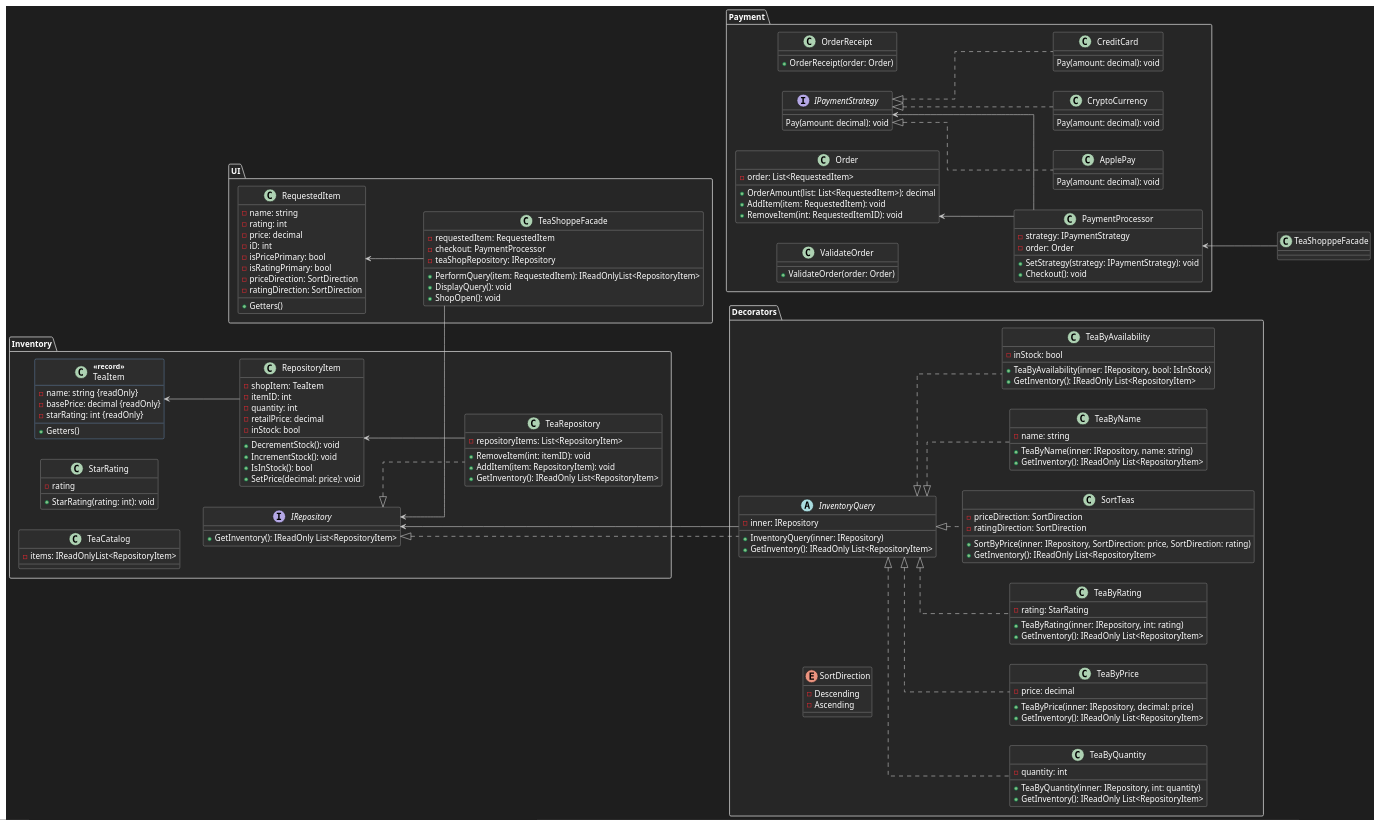
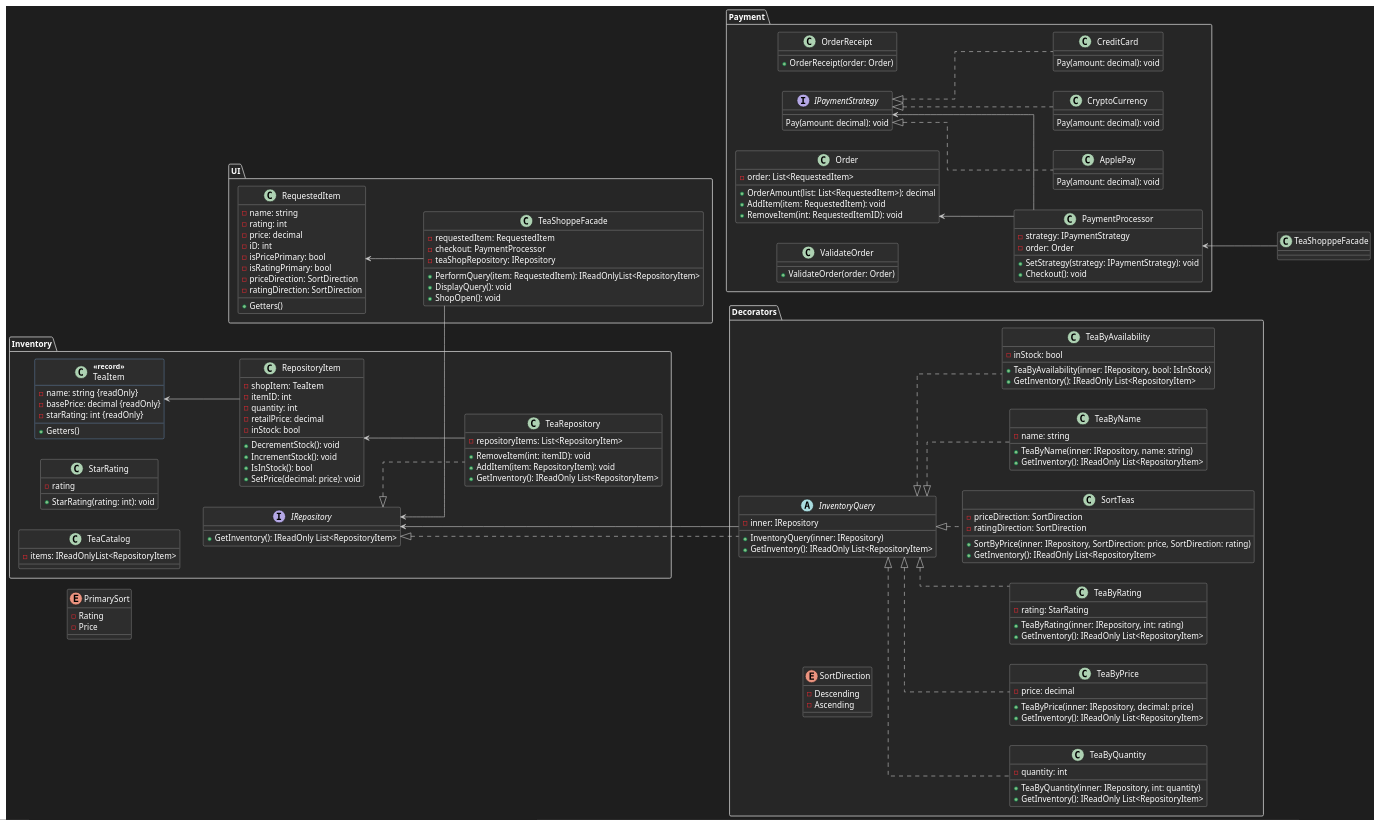
Before and after one commit to Oddwyer/SWE4743_OOD_Assignments: the diagram in tea-shoppe/TeaShoppe/docs/design.puml, drawn with PlantUML. The commit also changed 11 other files, not shown here.

```diff
--- a/tea-shoppe/TeaShoppe/docs/design.puml
+++ b/tea-shoppe/TeaShoppe/docs/design.puml
@@ -34,10 +34,10 @@
 
 
 '=======================================
-'Classes & Interfaces - Domain
+'Draft Classes & Interfaces - Domain
 '=======================================
 
-'I. Tea + Repository Interface + Classes
+'I. Draft Tea + Repository Interface + Classes
 '=======================================
 package Inventory{
 class TeaItem <<record>> {
@@ -80,7 +80,7 @@
 }
 }
 
-'II. Tea Decorator Interface + Classes
+'II. Draft Tea Decorator Interface + Classes
 '======================================
 package Decorators{
 abstract class InventoryQuery {
@@ -131,8 +131,13 @@
 - Ascending
 }
 }
+
+enum PrimarySort{
+- Rating
+- Price
+}
  
-'III. Payment Strategy Interface + Classes
+'III. Draft Payment Strategy Interface + Classes
 '======================================
 package Payment{
 class OrderReceipt{
@@ -173,7 +178,7 @@
 + Checkout(): void
 }
 }
-'IV. Classes - UI
+'IV. Draft Classes - UI
 '=======================================
 package UI{
 class TeaShoppeFacade{
@@ -199,7 +204,7 @@
 }
 
 '=======================================
-'Relationships
+'Draft Relationships
 '=======================================
 IRepository <|.. TeaRepository
 RepositoryItem <-- TeaRepository
```
